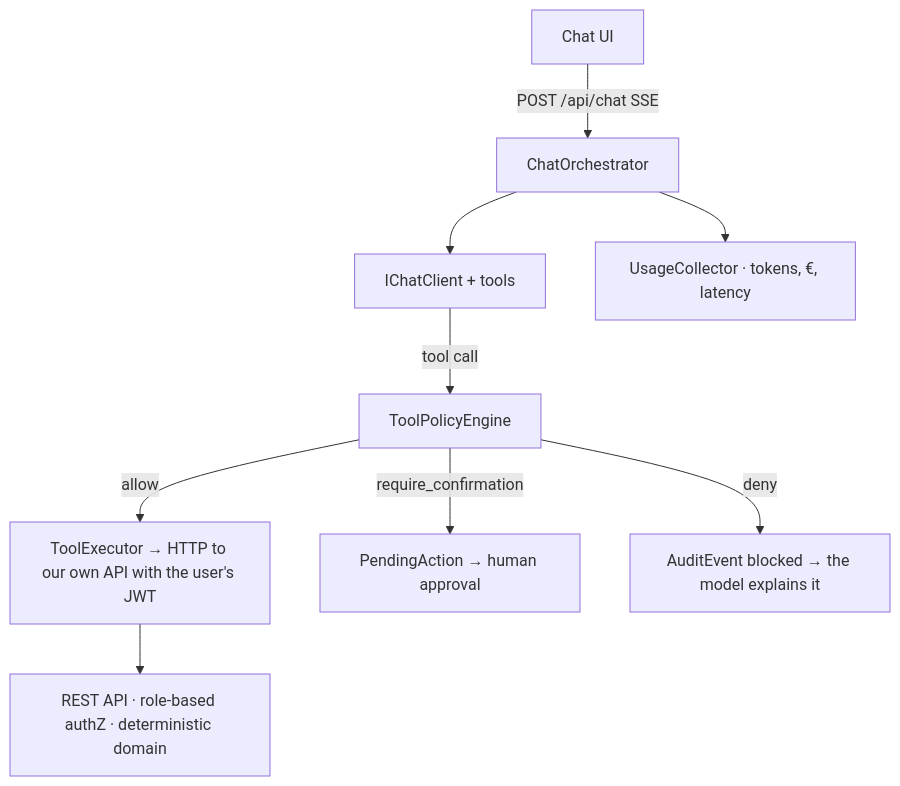
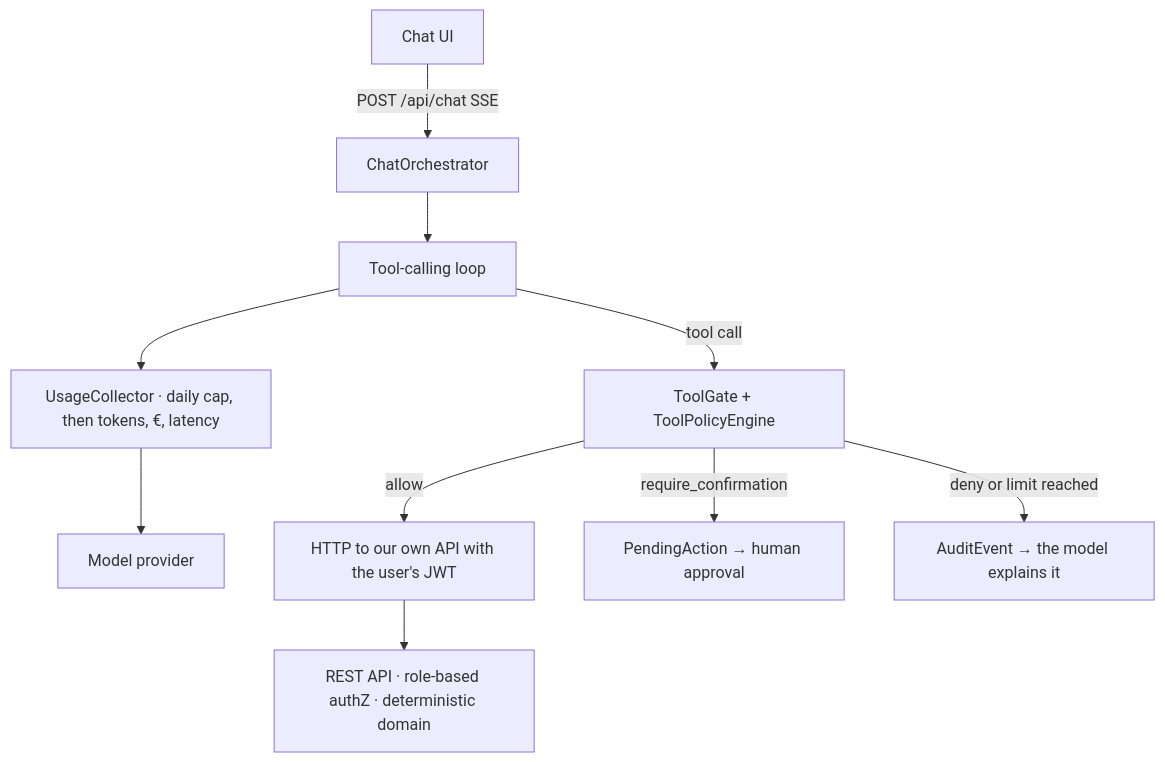
One commit to alexmartinezm/invoice-assistant changed the diagram in README.md. Above: the diagram before and after it, drawn with Mermaid. The commit also changed other lines of this file and 43 other files, not shown here.

Commit message:
feat: meter every model call and enforce the daily spend kill switch (#5)

````diff
--- a/README.md
+++ b/README.md
@@ -16,11 +16,12 @@
 ```mermaid
 flowchart TD
     UI[Chat UI] -->|POST /api/chat SSE| ORCH[ChatOrchestrator]
-    ORCH --> LLM[IChatClient + tools]
-    LLM -->|tool call| GATE[ToolPolicyEngine]
-    GATE -->|allow| EXEC[ToolExecutor → HTTP to our own API with the user's JWT]
+    ORCH --> LOOP[Tool-calling loop]
+    LOOP --> USAGE[UsageCollector · daily cap, then tokens, €, latency]
+    USAGE --> MODEL[Model provider]
+    LOOP -->|tool call| GATE[ToolGate + ToolPolicyEngine]
+    GATE -->|allow| EXEC[HTTP to our own API with the user's JWT]
     GATE -->|require_confirmation| PA[PendingAction → human approval]
-    GATE -->|deny| BLOCK[AuditEvent blocked → the model explains it]
+    GATE -->|deny or limit reached| BLOCK[AuditEvent → the model explains it]
     EXEC --> API[REST API · role-based authZ · deterministic domain]
-    ORCH --> USAGE[UsageCollector · tokens, €, latency]
 ```
````
